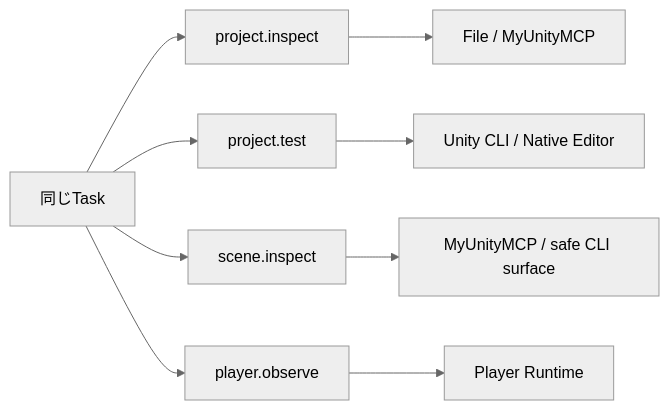
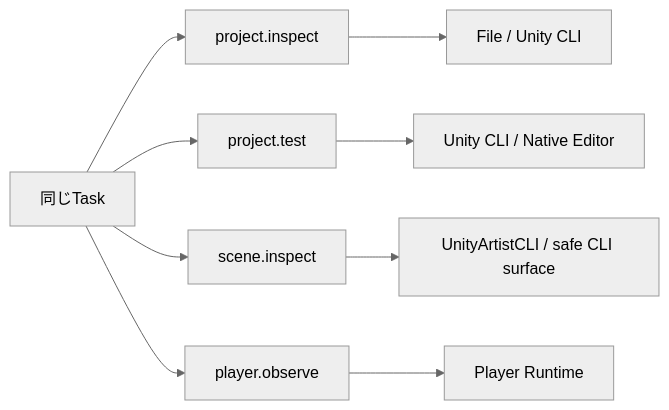
The fifth of 6 diagrams in docs/architecture/production-tool-runtime.md (DarumaPPAP/UnityAgent), drawn with Mermaid (neutral theme) before and after one commit. The commit also changed other lines of this file and 45 other files, not shown here.

Commit message:
feat: route artist capabilities through UnityArtistCLI

````diff
--- a/docs/architecture/production-tool-runtime.md
+++ b/docs/architecture/production-tool-runtime.md
@@ -298,12 +291,12 @@
 ```mermaid
 flowchart LR
     T[同じTask] --> A[project.inspect]
     T --> B[project.test]
     T --> C[scene.inspect]
     T --> D[player.observe]
 
-    A --> PF[File / MyUnityMCP]
+    A --> PF[File / Unity CLI]
     B --> CLI[Unity CLI / Native Editor]
-    C --> MCP[MyUnityMCP / safe CLI surface]
+    C --> ART[UnityArtistCLI / safe CLI surface]
     D --> PR[Player Runtime]
 ```
````
